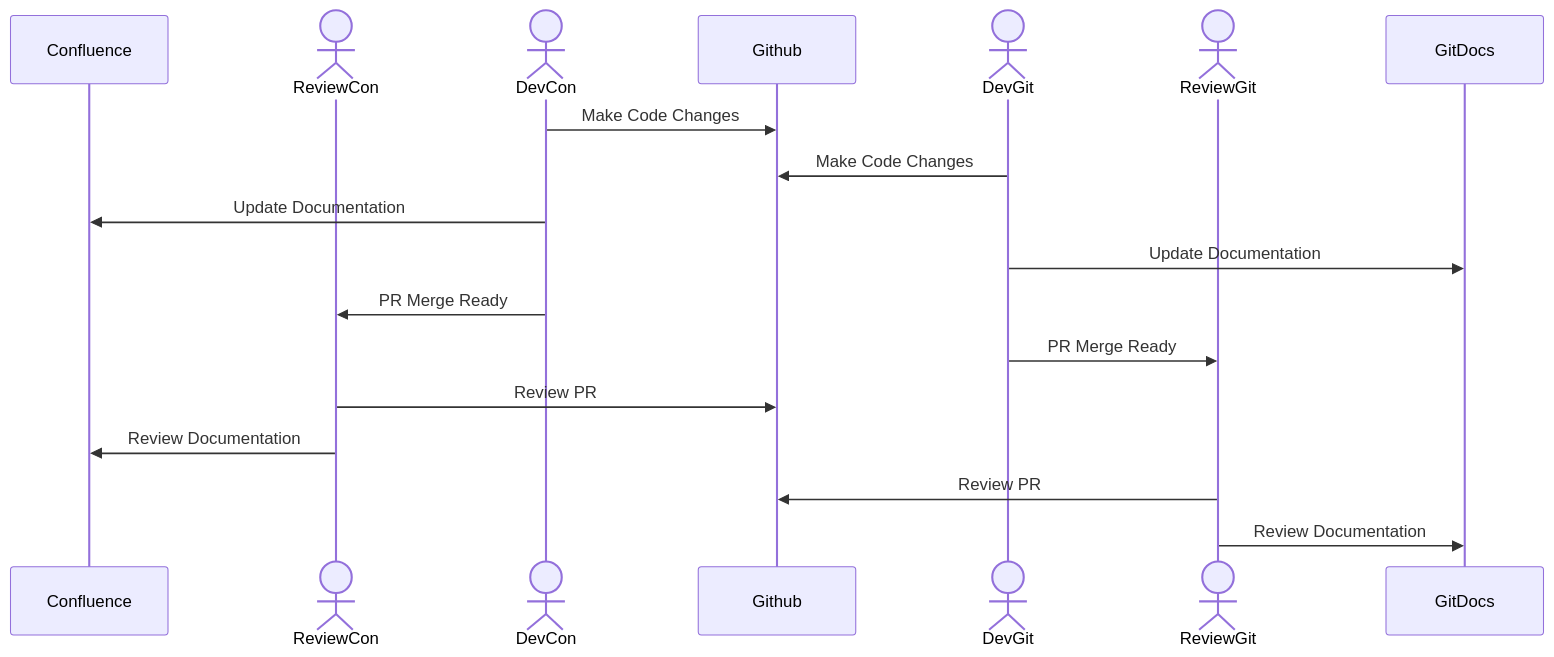
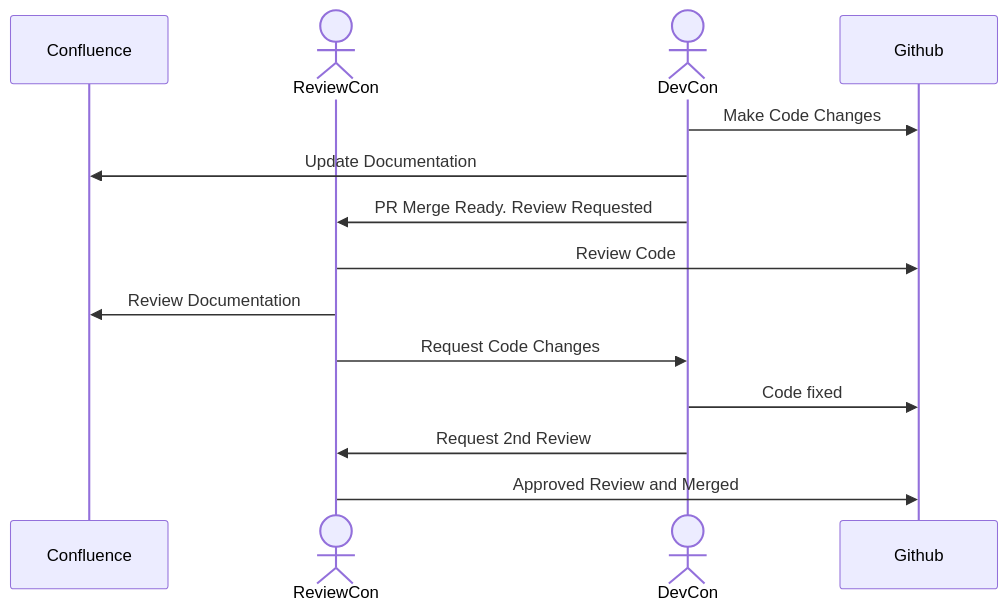
One commit to escakot/public-images changed the first of 2 diagrams in DocumentationPlatform.md. Above: the diagram before and after it, drawn with Mermaid. The commit also changed other lines of this file, not shown here.

````diff
--- a/DocumentationPlatform.md
+++ b/DocumentationPlatform.md
@@ -13,26 +12,20 @@
 ```mermaid
 
 sequenceDiagram
     participant Confluence
     actor ReviewCon
     actor DevCon
     participant Github
-    actor DevGit
-    actor ReviewGit
-    participant GitDocs
     
     DevCon ->> Github: Make Code Changes
-    DevGit ->> Github: Make Code Changes
     DevCon ->> Confluence: Update Documentation
-    DevGit ->> GitDocs: Update Documentation
     
-    DevCon ->> ReviewCon: PR Merge Ready
-    DevGit ->> ReviewGit: PR Merge Ready
+    DevCon ->> ReviewCon: PR Merge Ready. Review Requested
     
-    ReviewCon ->> Github: Review PR
+    ReviewCon ->> Github: Review Code
     ReviewCon ->> Confluence: Review Documentation
-    
-    ReviewGit ->> Github: Review PR
-    ReviewGit ->> GitDocs: Review Documentation
-
+    ReviewCon ->> DevCon: Request Code Changes
+    DevCon ->> Github: Code fixed
+    DevCon ->> ReviewCon: Request 2nd Review 
+    ReviewCon ->> Github: Approved Review and Merged
 ```
````
